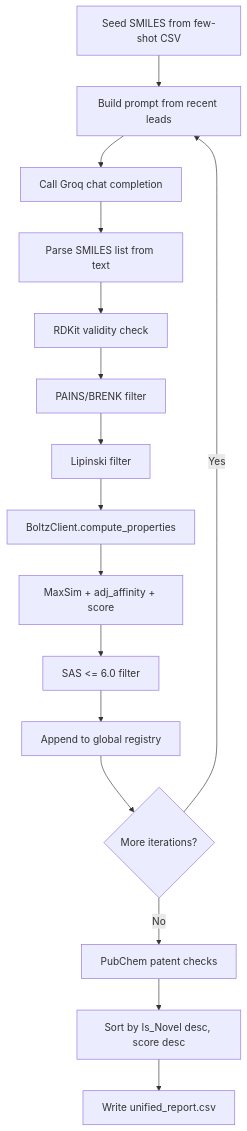
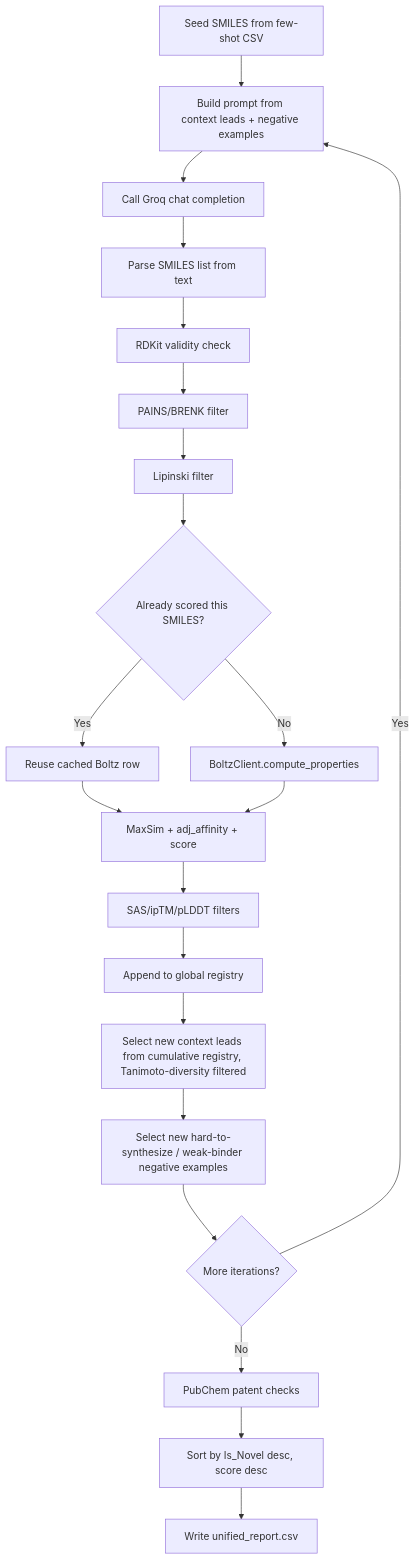
The diagram in doc/components/generator.md (tacclab/LLMsFold), drawn with Mermaid before and after one commit. The commit also changed other lines of this file and 22 other files, not shown here.

````diff
--- a/doc/components/generator.md
+++ b/doc/components/generator.md
@@ -15,18 +16,23 @@
 ```mermaid
 flowchart TD
-    A[Seed SMILES from few-shot CSV] --> B[Build prompt from recent leads]
+    A[Seed SMILES from few-shot CSV] --> B[Build prompt from context leads + negative examples]
     B --> C[Call Groq chat completion]
     C --> D[Parse SMILES list from text]
     D --> E[RDKit validity check]
     E --> F[PAINS/BRENK filter]
     F --> G[Lipinski filter]
-    G --> H[BoltzClient.compute_properties]
-    H --> I[MaxSim + adj_affinity + score]
-    I --> J[SAS <= 6.0 filter]
-    J --> K[Append to global registry]
-    K --> L{More iterations?}
-    L -->|Yes| B
-    L -->|No| M[PubChem patent checks]
-    M --> N[Sort by Is_Novel desc, score desc]
-    N --> O[Write unified_report.csv]
+    G --> H{Already scored this SMILES?}
+    H -->|Yes| I[Reuse cached Boltz row]
+    H -->|No| J[BoltzClient.compute_properties]
+    I --> K[MaxSim + adj_affinity + score]
+    J --> K
+    K --> L[SAS/ipTM/pLDDT filters]
+    L --> M[Append to global registry]
+    M --> N[Select new context leads from cumulative registry, Tanimoto-diversity filtered]
+    N --> O[Select new hard-to-synthesize / weak-binder negative examples]
+    O --> P{More iterations?}
+    P -->|Yes| B
+    P -->|No| Q[PubChem patent checks]
+    Q --> R[Sort by Is_Novel desc, score desc]
+    R --> S[Write unified_report.csv]
 ```
````
